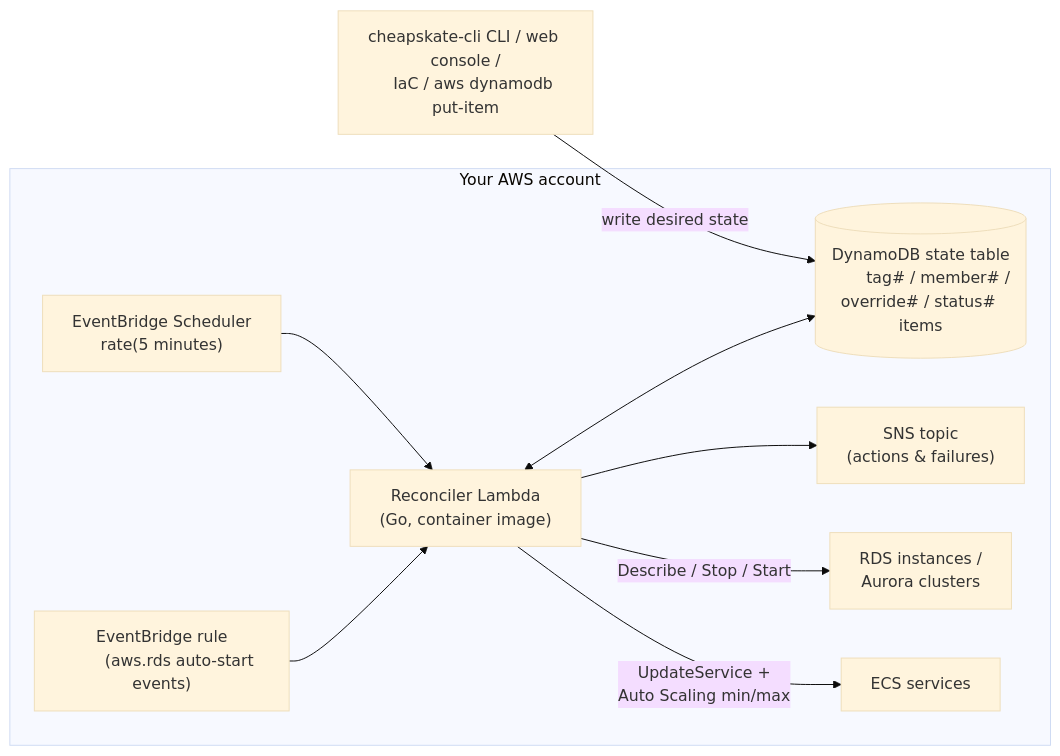
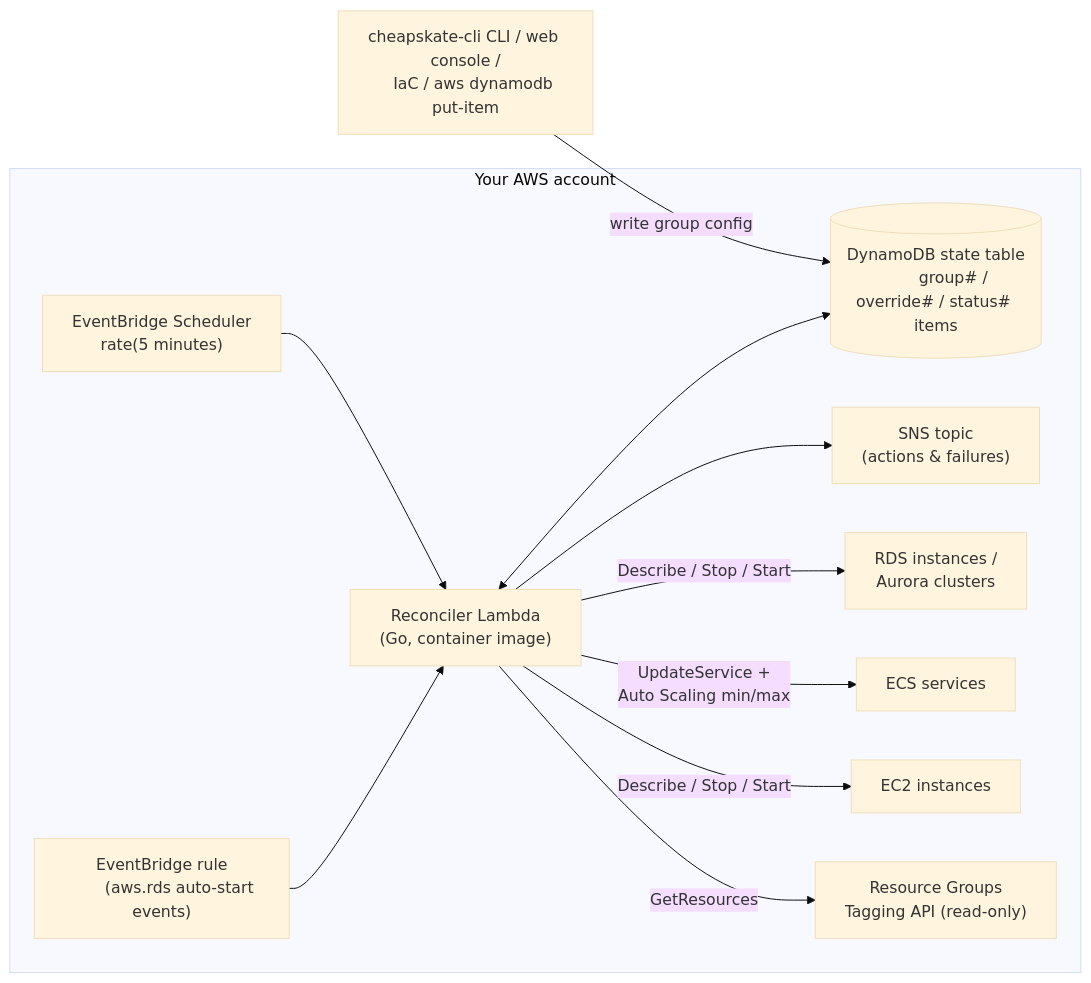
One commit to moepig/cheapskate changed the diagram in docs/en/README.md. Above: the diagram before and after it, drawn with Mermaid (base theme). The commit also changed other lines of this file and 28 other files, not shown here.

First line of the commit message:
docs: rewrite for the group/selector model and layered architecture

````diff
--- a/docs/en/README.md
+++ b/docs/en/README.md
@@ -14,30 +14,35 @@
 ```mermaid
 flowchart LR
     ops["cheapskate-cli CLI / web console /
     IaC / aws dynamodb put-item"]
 
     subgraph account["Your AWS account"]
         sched["EventBridge Scheduler
         rate(5 minutes)"]
         rule["EventBridge rule
         (aws.rds auto-start events)"]
         fn["Reconciler Lambda
         (Go, container image)"]
         ddb[("DynamoDB state table
-        tag# / member# / override# / status# items")]
+        group# / override# / status# items")]
         sns["SNS topic
         (actions & failures)"]
         rds["RDS instances /
         Aurora clusters"]
         ecs["ECS services"]
+        ec2["EC2 instances"]
+        tagapi["Resource Groups
+        Tagging API (read-only)"]
     end
 
-    ops -- "write desired state" --> ddb
+    ops -- "write group config" --> ddb
     sched --> fn
     rule --> fn
     fn <--> ddb
+    fn -- "GetResources" --> tagapi
     fn -- "Describe / Stop / Start" --> rds
     fn -- "UpdateService +
     Auto Scaling min/max" --> ecs
+    fn -- "Describe / Stop / Start" --> ec2
     fn --> sns
 ```
````
